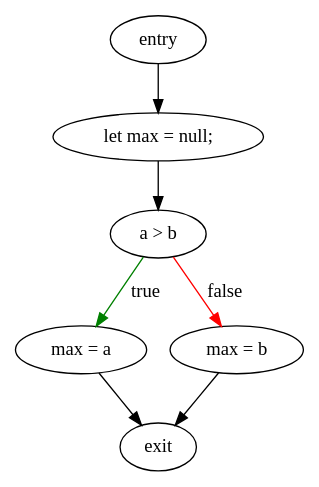
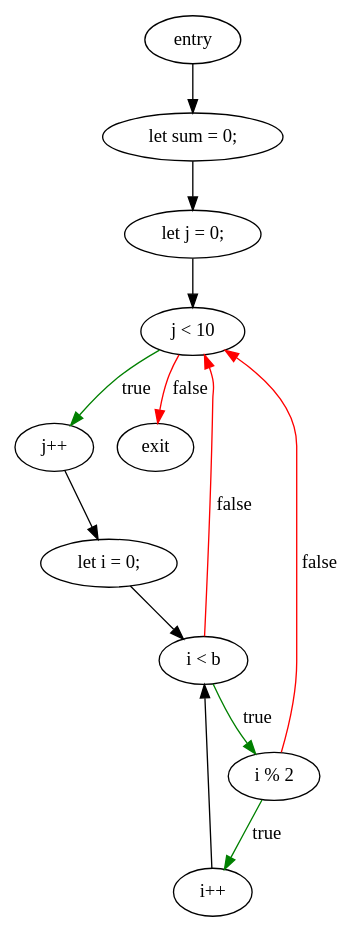
The diagram in output.gv (PolinaShneider/cfg-javascript), drawn with Graphviz before and after one commit. The commit also changed 3 other files, not shown here.

```diff
--- a/output.gv
+++ b/output.gv
@@ -1,14 +1,24 @@
 digraph control_flow_graph {
 n0 [label="entry", style="rounded"]
-n1 [label="let max = null;"]
-n2 [label="a > b"]
-n3 [label="max = a"]
-n4 [label="exit", style="rounded"]
-n5 [label="max = b"]
+n1 [label="let sum = 0;"]
+n2 [label="let j = 0;"]
+n3 [label="j < 10"]
+n4 [label="j++"]
+n5 [label="let i = 0;"]
+n6 [label="i < b"]
+n7 [label="i % 2"]
+n8 [label="i++"]
+n9 [label="exit", style="rounded"]
 n0 -> n1 []
 n1 -> n2 []
-n2 -> n3 [color="green", label="true"]
-n2 -> n5 [color="red", label="false"]
-n3 -> n4 []
-n5 -> n4 []
+n2 -> n3 []
+n3 -> n4 [color="green", label="true"]
+n3 -> n9 [color="red", label="false"]
+n4 -> n5 []
+n5 -> n6 []
+n6 -> n7 [color="green", label="true"]
+n6 -> n3 [color="red", label="false"]
+n7 -> n8 [color="green", label="true"]
+n7 -> n3 [color="red", label="false"]
+n8 -> n6 []
 }
```
